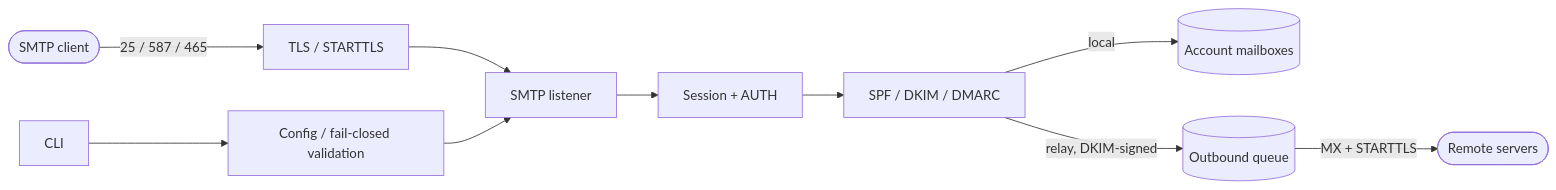
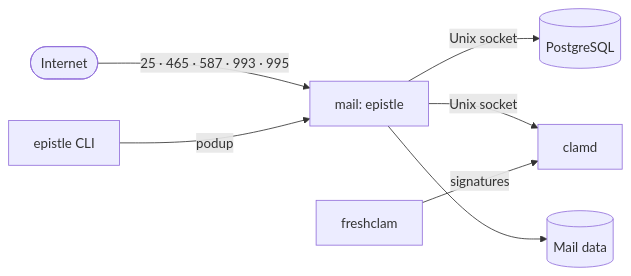
The diagram in README.md (Glyndor/epistle), drawn with Mermaid before and after one commit. The commit also changed other lines of this file and 1 other file, not shown here.

````diff
--- a/README.md
+++ b/README.md
@@ -7,12 +50,9 @@
 ```mermaid
 flowchart LR
-	client([SMTP client]) -->|25 / 587 / 465| tls[TLS / STARTTLS]
-	tls --> smtp[SMTP listener]
-	smtp --> session[Session + AUTH]
-	session --> auth[SPF / DKIM / DMARC]
-	auth -->|local| mailbox[(Account mailboxes)]
-	auth -->|relay, DKIM-signed| queue[(Outbound queue)]
-	queue -->|MX + STARTTLS| internet([Remote servers])
-	cli[CLI] --> config[Config / fail-closed validation]
-	config --> smtp
+	net([Internet]) -->|25 · 465 · 587 · 993 · 995| mail[mail: epistle]
+	mail -->|Unix socket| db[(PostgreSQL)]
+	mail -->|Unix socket| clamd[clamd]
+	freshclam[freshclam] -->|signatures| clamd
+	mail --> data[(Mail data)]
+	cli[epistle CLI] -->|podup| mail
 ```
````
